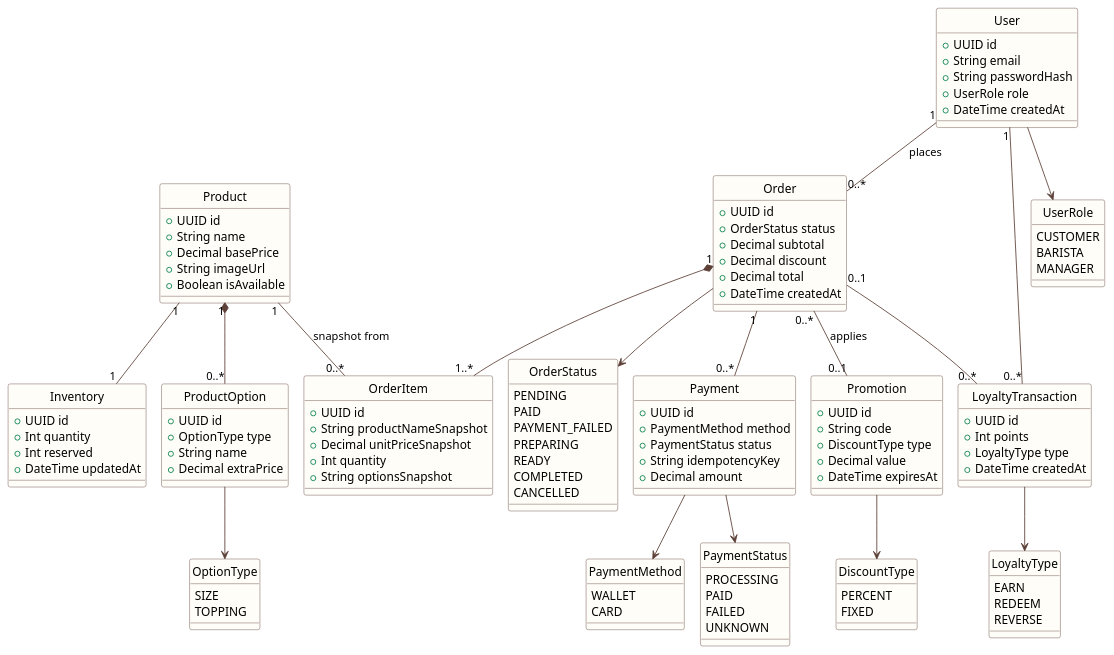
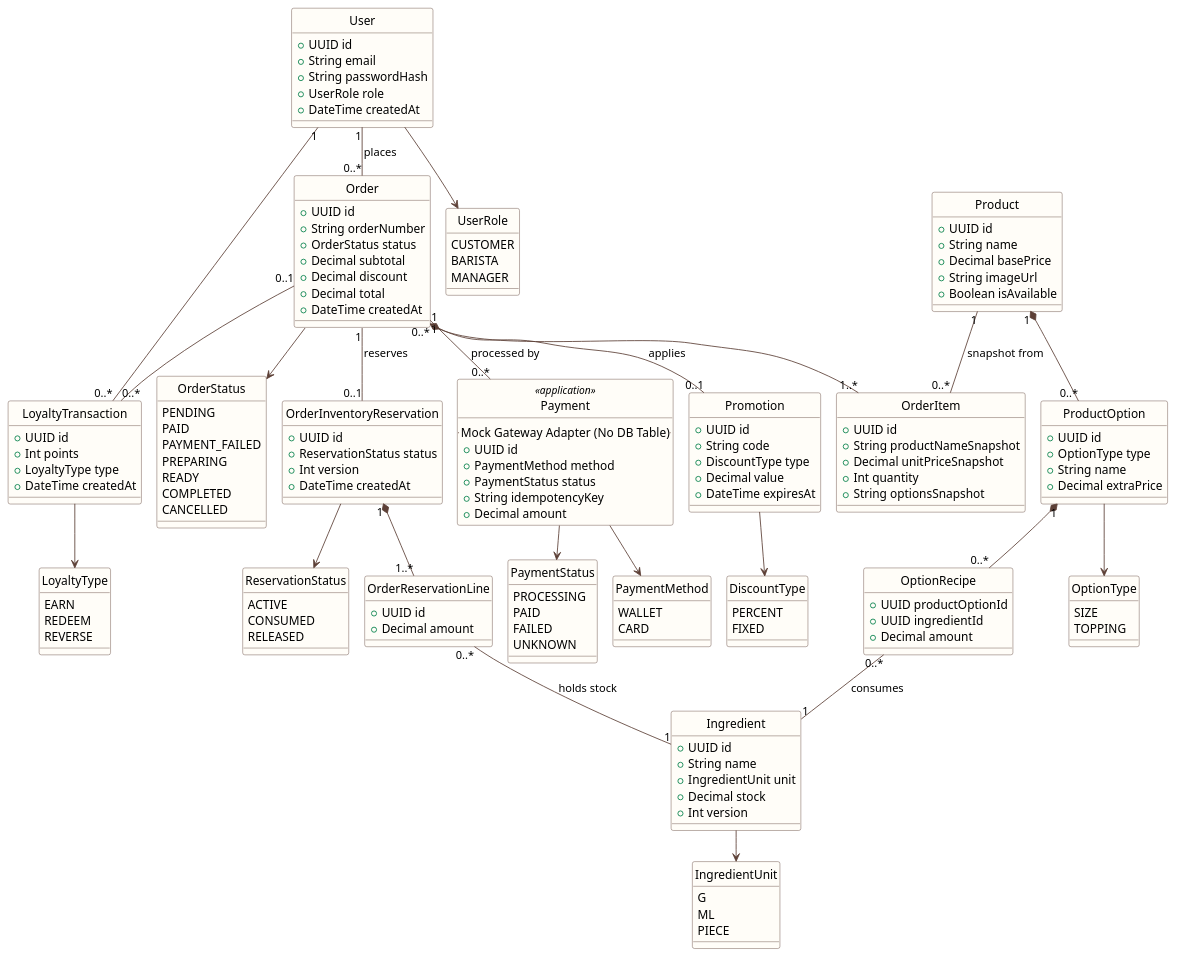
The diagram in docs/diagrams/class-domain.puml (giakhoi0123/Brewlite_swe_project2), drawn with PlantUML before and after one commit. The commit also changed 18 other files, not shown here.

Commit message:
refactor(inventory): remove legacy product inventory

```diff
--- a/docs/diagrams/class-domain.puml
+++ b/docs/diagrams/class-domain.puml
@@ -1,136 +1,173 @@
 @startuml
 !pragma layout smetana
 skinparam shadowing false
 skinparam defaultFontName "Noto Sans"
 skinparam class {
   BackgroundColor #FFFDF8
   BorderColor #5D4037
   ArrowColor #5D4037
 }
 hide circle
 
 class User {
   +UUID id
   +String email
   +String passwordHash
   +UserRole role
   +DateTime createdAt
 }
 
 class Product {
   +UUID id
   +String name
   +Decimal basePrice
   +String imageUrl
   +Boolean isAvailable
 }
 
 class ProductOption {
   +UUID id
   +OptionType type
   +String name
   +Decimal extraPrice
 }
 
-class Inventory {
+class OptionRecipe {
+  +UUID productOptionId
+  +UUID ingredientId
+  +Decimal amount
+}
+
+class Ingredient {
   +UUID id
-  +Int quantity
-  +Int reserved
-  +DateTime updatedAt
+  +String name
+  +IngredientUnit unit
+  +Decimal stock
+  +Int version
 }
 
 class Order {
   +UUID id
+  +String orderNumber
   +OrderStatus status
   +Decimal subtotal
   +Decimal discount
   +Decimal total
   +DateTime createdAt
 }
 
 class OrderItem {
   +UUID id
   +String productNameSnapshot
   +Decimal unitPriceSnapshot
   +Int quantity
   +String optionsSnapshot
 }
 
-class Payment {
+class OrderInventoryReservation {
+  +UUID id
+  +ReservationStatus status
+  +Int version
+  +DateTime createdAt
+}
+
+class OrderReservationLine {
+  +UUID id
+  +Decimal amount
+}
+
+class Payment <<application>> {
+  .. Mock Gateway Adapter (No DB Table) ..
   +UUID id
   +PaymentMethod method
   +PaymentStatus status
   +String idempotencyKey
   +Decimal amount
 }
 
 class Promotion {
   +UUID id
   +String code
   +DiscountType type
   +Decimal value
   +DateTime expiresAt
 }
 
 class LoyaltyTransaction {
   +UUID id
   +Int points
   +LoyaltyType type
   +DateTime createdAt
 }
 
 enum UserRole {
   CUSTOMER
   BARISTA
   MANAGER
 }
 enum OrderStatus {
   PENDING
   PAID
   PAYMENT_FAILED
   PREPARING
   READY
   COMPLETED
   CANCELLED
 }
+enum ReservationStatus {
+  ACTIVE
+  CONSUMED
+  RELEASED
+}
 enum PaymentStatus {
   PROCESSING
   PAID
   FAILED
   UNKNOWN
 }
 enum PaymentMethod {
   WALLET
   CARD
 }
 enum OptionType {
   SIZE
   TOPPING
 }
+enum IngredientUnit {
+  G
+  ML
+  PIECE
+}
 enum DiscountType {
   PERCENT
   FIXED
 }
 enum LoyaltyType {
   EARN
   REDEEM
   REVERSE
 }
 
 User "1" -- "0..*" Order : places
 Order "1" *-- "1..*" OrderItem
-Order "1" -- "0..*" Payment
+Order "1" -- "0..*" Payment : processed by
 Product "1" -- "0..*" OrderItem : snapshot from
 Product "1" *-- "0..*" ProductOption
-Product "1" -- "1" Inventory
+ProductOption "1" *-- "0..*" OptionRecipe
+OptionRecipe "0..*" -- "1" Ingredient : consumes
+Order "1" -- "0..1" OrderInventoryReservation : reserves
+OrderInventoryReservation "1" *-- "1..*" OrderReservationLine
+OrderReservationLine "0..*" -- "1" Ingredient : holds stock
 Order "0..*" -- "0..1" Promotion : applies
 User "1" -- "0..*" LoyaltyTransaction
 Order "0..1" -- "0..*" LoyaltyTransaction
 User --> UserRole
 Order --> OrderStatus
+OrderInventoryReservation --> ReservationStatus
 Payment --> PaymentStatus
 Payment --> PaymentMethod
 ProductOption --> OptionType
+Ingredient --> IngredientUnit
 Promotion --> DiscountType
 LoyaltyTransaction --> LoyaltyType
 @enduml
```
